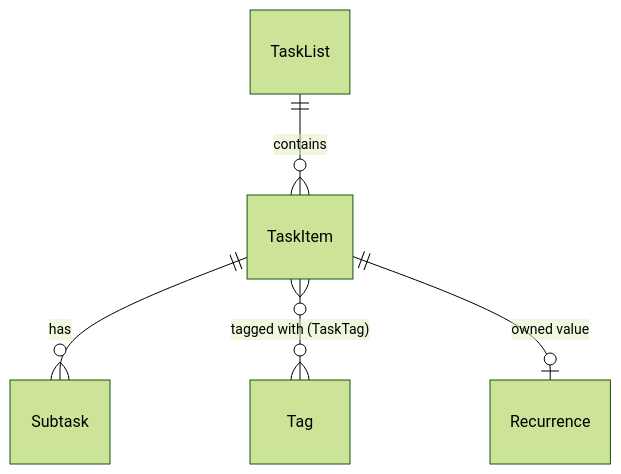
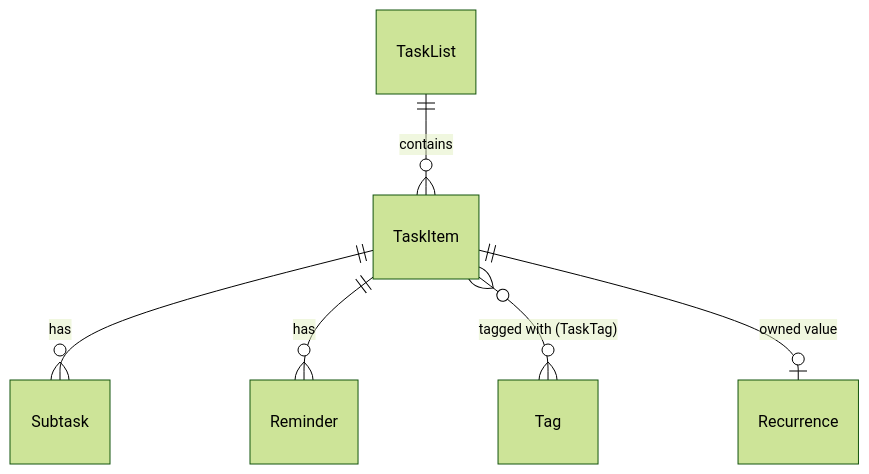
One commit to joaomariok/TaskDesk changed the second of 2 diagrams in docs/SPEC.md. Above: the diagram before and after it, drawn with Mermaid (forest theme). The commit also changed other lines of this file and 47 other files, not shown here.

````diff
--- a/docs/SPEC.md
+++ b/docs/SPEC.md
@@ -136,7 +136,8 @@
 ```mermaid
 erDiagram
     TaskList ||--o{ TaskItem : contains
     TaskItem ||--o{ Subtask : has
+    TaskItem ||--o{ Reminder : has
     TaskItem }o--o{ Tag : "tagged with (TaskTag)"
     TaskItem ||--o| Recurrence : "owned value"
 ```
````
